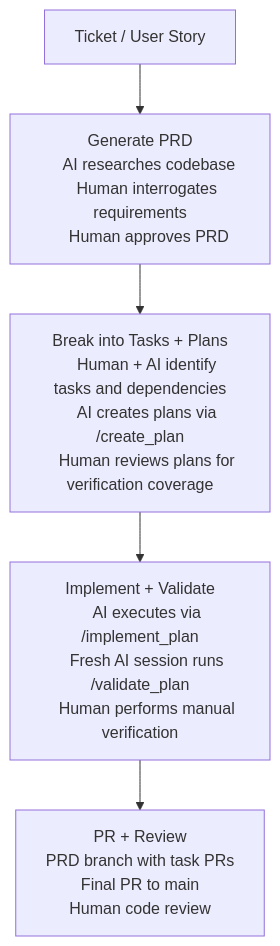
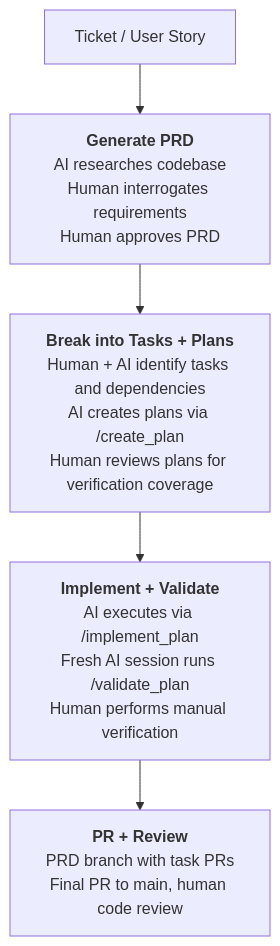
Before and after one commit to focusconsulting/focus-ai-playbooks: the diagram in content/playbooks/ai-driven-development/_index.md, drawn with Mermaid.

Commit message:
fix: use single-line nodes with HTML breaks so mermaid renders arrows

````diff
--- a/content/playbooks/ai-driven-development/_index.md
+++ b/content/playbooks/ai-driven-development/_index.md
@@ -42,22 +42,10 @@
 ```mermaid
 flowchart TD
-    A["Ticket / User Story"] --> B["Generate PRD
-    AI researches codebase
-    Human interrogates requirements
-    Human approves PRD"]
+    A["Ticket / User Story"]
+    B["<b>Generate PRD</b><br/>AI researches codebase<br/>Human interrogates requirements<br/>Human approves PRD"]
+    C["<b>Break into Tasks + Plans</b><br/>Human + AI identify tasks and dependencies<br/>AI creates plans via /create_plan<br/>Human reviews plans for verification coverage"]
+    D["<b>Implement + Validate</b><br/>AI executes via /implement_plan<br/>Fresh AI session runs /validate_plan<br/>Human performs manual verification"]
+    E["<b>PR + Review</b><br/>PRD branch with task PRs<br/>Final PR to main, human code review"]
 
-    B --> C["Break into Tasks + Plans
-    Human + AI identify tasks and dependencies
-    AI creates plans via /create_plan
-    Human reviews plans for verification coverage"]
-
-    C --> D["Implement + Validate
-    AI executes via /implement_plan
-    Fresh AI session runs /validate_plan
-    Human performs manual verification"]
-
-    D --> E["PR + Review
-    PRD branch with task PRs
-    Final PR to main
-    Human code review"]
+    A --> B --> C --> D --> E
 ```
````
